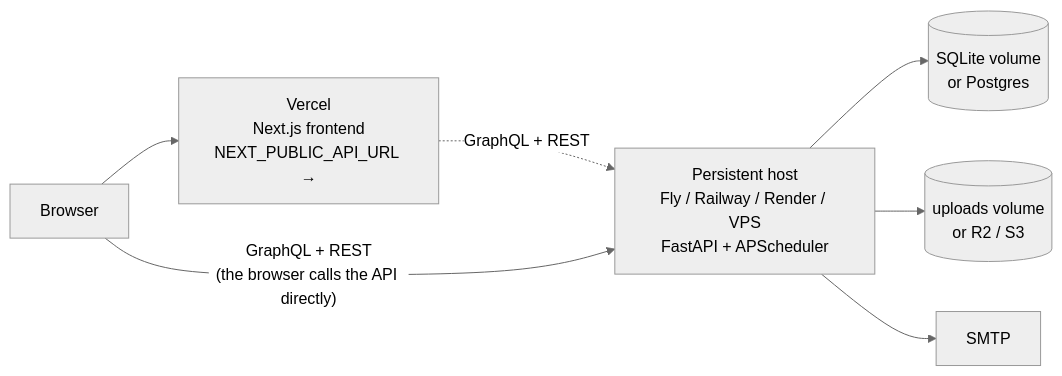
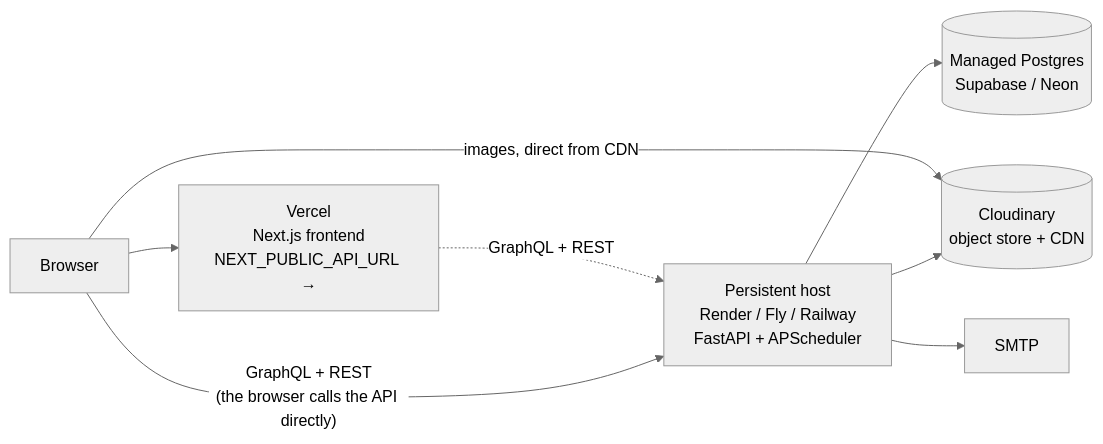
The diagram in docs/DEPLOYMENT.md (Pema-Lepex/credit-system), drawn with Mermaid (neutral theme) before and after one commit. The commit also changed other lines of this file and 10 other files, not shown here.

````diff
--- a/docs/DEPLOYMENT.md
+++ b/docs/DEPLOYMENT.md
@@ -17,9 +17,10 @@
 ```mermaid
 flowchart LR
     U["Browser"] --> V["Vercel<br/>Next.js frontend<br/>NEXT_PUBLIC_API_URL →"]
     V -.->|"GraphQL + REST"| B
-    U -->|"GraphQL + REST<br/>(the browser calls the API directly)"| B["Persistent host<br/>Fly / Railway / Render / VPS<br/>FastAPI + APScheduler"]
-    B --> D[("SQLite volume<br/>or Postgres")]
-    B --> F[("uploads volume<br/>or R2 / S3")]
+    U -->|"GraphQL + REST<br/>(the browser calls the API directly)"| B["Persistent host<br/>Render / Fly / Railway<br/>FastAPI + APScheduler"]
+    U -->|"images, direct from CDN"| C
+    B --> D[("Managed Postgres<br/>Supabase / Neon")]
+    B --> C[("Cloudinary<br/>object store + CDN")]
     B --> M["SMTP"]
 ```
````
